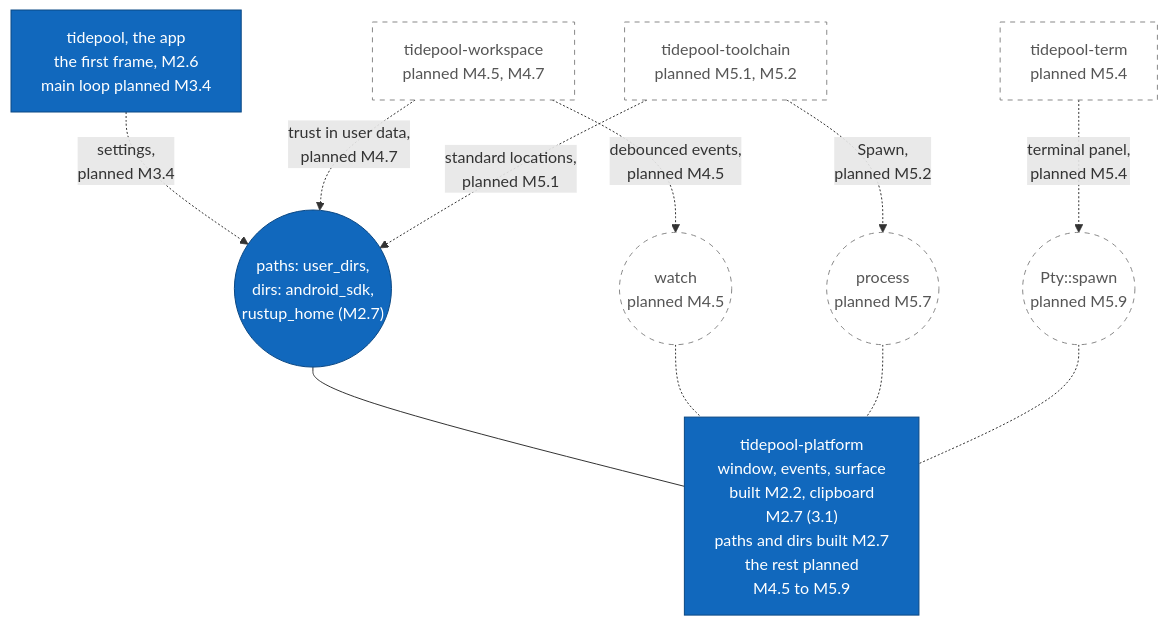
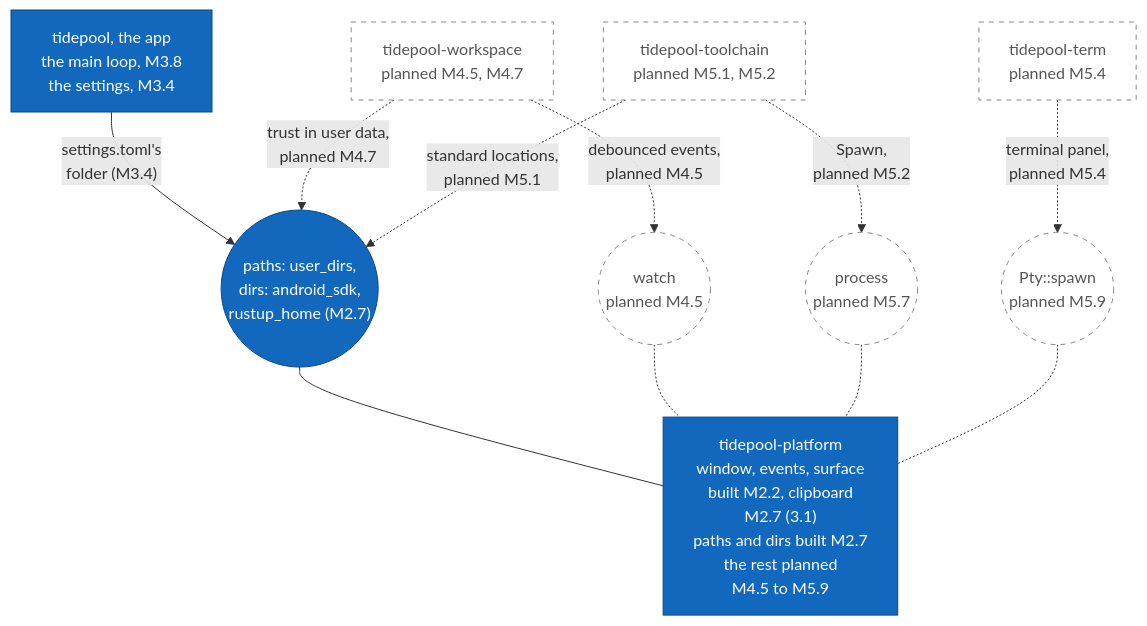
One commit to jabbott-iii/Tidepool changed the eighth of 21 diagrams in diagrams/component-diagrams.md. Above: the diagram before and after it, drawn with Mermaid. The commit also changed other lines of this file and 38 other files, not shown here.

````diff
--- a/diagrams/component-diagrams.md
+++ b/diagrams/component-diagrams.md
@@ -490,32 +494,32 @@
 ```mermaid
 flowchart TB
-    c_app["tidepool, the app<br/>the first frame, M2.6<br/>main loop planned M3.4"]
+    c_app["tidepool, the app<br/>the main loop, M3.8<br/>the settings, M3.4"]
     c_workspace["tidepool-workspace<br/>planned M4.5, M4.7"]
     c_toolchain["tidepool-toolchain<br/>planned M5.1, M5.2"]
     c_term["tidepool-term<br/>planned M5.4"]
 
     i_paths(("paths: user_dirs,<br/>dirs: android_sdk,<br/>rustup_home (M2.7)"))
     i_watch(("watch<br/>planned M4.5"))
     i_process(("process<br/>planned M5.7"))
     i_pty(("Pty::spawn<br/>planned M5.9"))
 
     c_platform["tidepool-platform<br/>window, events, surface<br/>built M2.2, clipboard<br/>M2.7 (3.1)<br/>paths and dirs built M2.7<br/>the rest planned<br/>M4.5 to M5.9"]
 
-    c_app -.->|"settings,<br/>planned M3.4"| i_paths
+    c_app -->|"settings.toml's<br/>folder (M3.4)"| i_paths
     c_workspace -.->|"trust in user data,<br/>planned M4.7"| i_paths
     c_workspace -.->|"debounced events,<br/>planned M4.5"| i_watch
     c_toolchain -.->|"standard locations,<br/>planned M5.1"| i_paths
     c_toolchain -.->|"Spawn,<br/>planned M5.2"| i_process
     c_term -.->|"terminal panel,<br/>planned M5.4"| i_pty
 
     i_paths --- c_platform
     i_watch -.- c_platform
     i_process -.- c_platform
     i_pty -.- c_platform
 
     classDef built fill:#1168bd,stroke:#0b4884,color:#ffffff
     classDef planned fill:#ffffff,stroke:#888888,stroke-dasharray: 5 5,color:#555555
     class c_app,c_platform,i_paths built
     class c_workspace,c_toolchain,c_term planned
     class i_watch,i_process,i_pty planned
 ```
````
